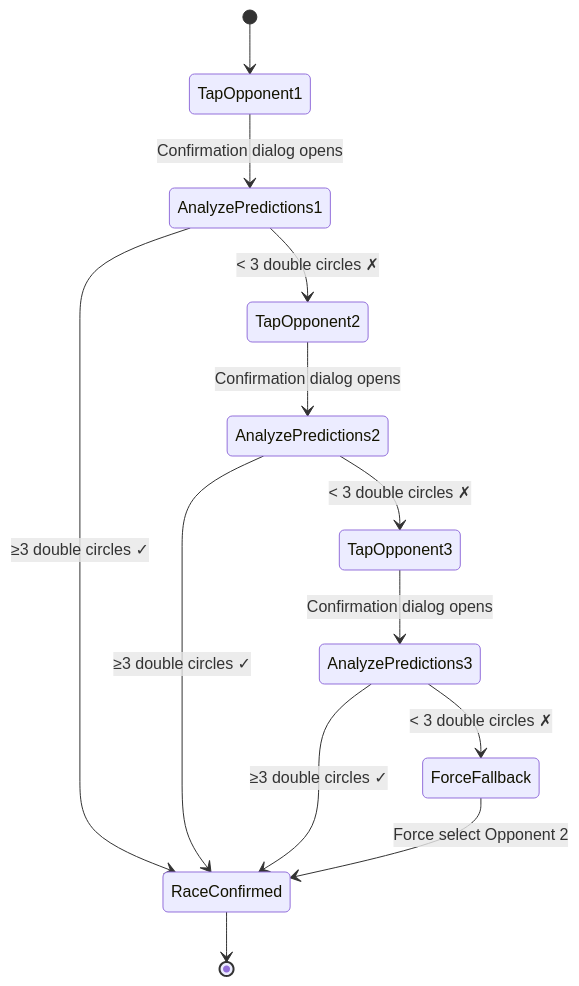
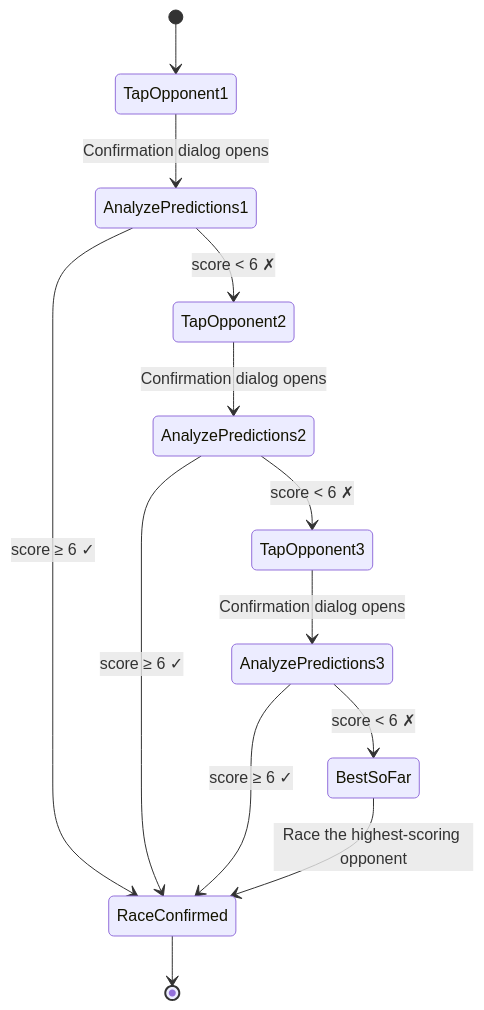
Before and after one commit to lhceist41/uma-auto-plus: the sixth of 7 diagrams in HOW_IT_WORKS.md, drawn with Mermaid. The commit also changed other lines of this file and 7 other files, not shown here.

````diff
--- a/HOW_IT_WORKS.md
+++ b/HOW_IT_WORKS.md
@@ -560,18 +568,18 @@
 ```mermaid
 stateDiagram-v2
     [*] --> TapOpponent1
     TapOpponent1 --> AnalyzePredictions1: Confirmation dialog opens
-    AnalyzePredictions1 --> RaceConfirmed: ≥3 double circles ✓
-    AnalyzePredictions1 --> TapOpponent2: < 3 double circles ✗
+    AnalyzePredictions1 --> RaceConfirmed: score ≥ 6 ✓
+    AnalyzePredictions1 --> TapOpponent2: score < 6 ✗
 
     TapOpponent2 --> AnalyzePredictions2: Confirmation dialog opens
-    AnalyzePredictions2 --> RaceConfirmed: ≥3 double circles ✓
-    AnalyzePredictions2 --> TapOpponent3: < 3 double circles ✗
+    AnalyzePredictions2 --> RaceConfirmed: score ≥ 6 ✓
+    AnalyzePredictions2 --> TapOpponent3: score < 6 ✗
 
     TapOpponent3 --> AnalyzePredictions3: Confirmation dialog opens
-    AnalyzePredictions3 --> RaceConfirmed: ≥3 double circles ✓
-    AnalyzePredictions3 --> ForceFallback: < 3 double circles ✗
+    AnalyzePredictions3 --> RaceConfirmed: score ≥ 6 ✓
+    AnalyzePredictions3 --> BestSoFar: score < 6 ✗
 
-    ForceFallback --> RaceConfirmed: Force select Opponent 2
+    BestSoFar --> RaceConfirmed: Race the highest-scoring opponent
     RaceConfirmed --> [*]
 ```
````
